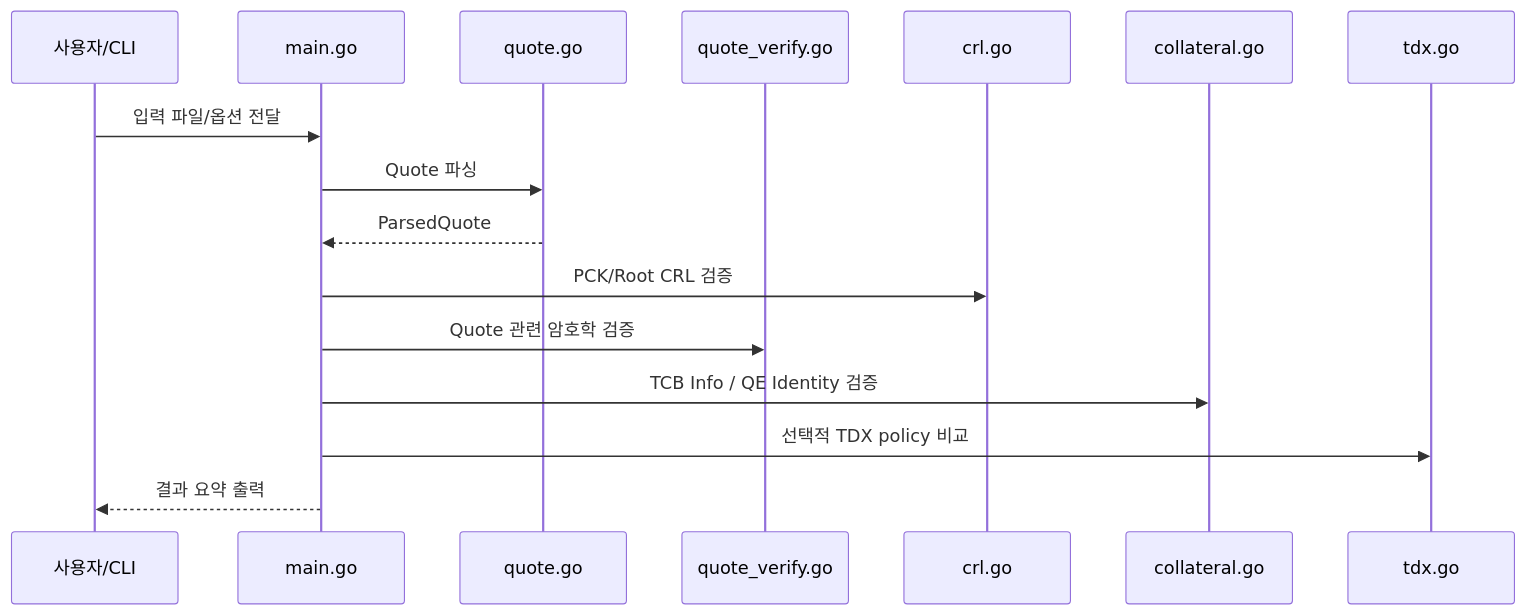
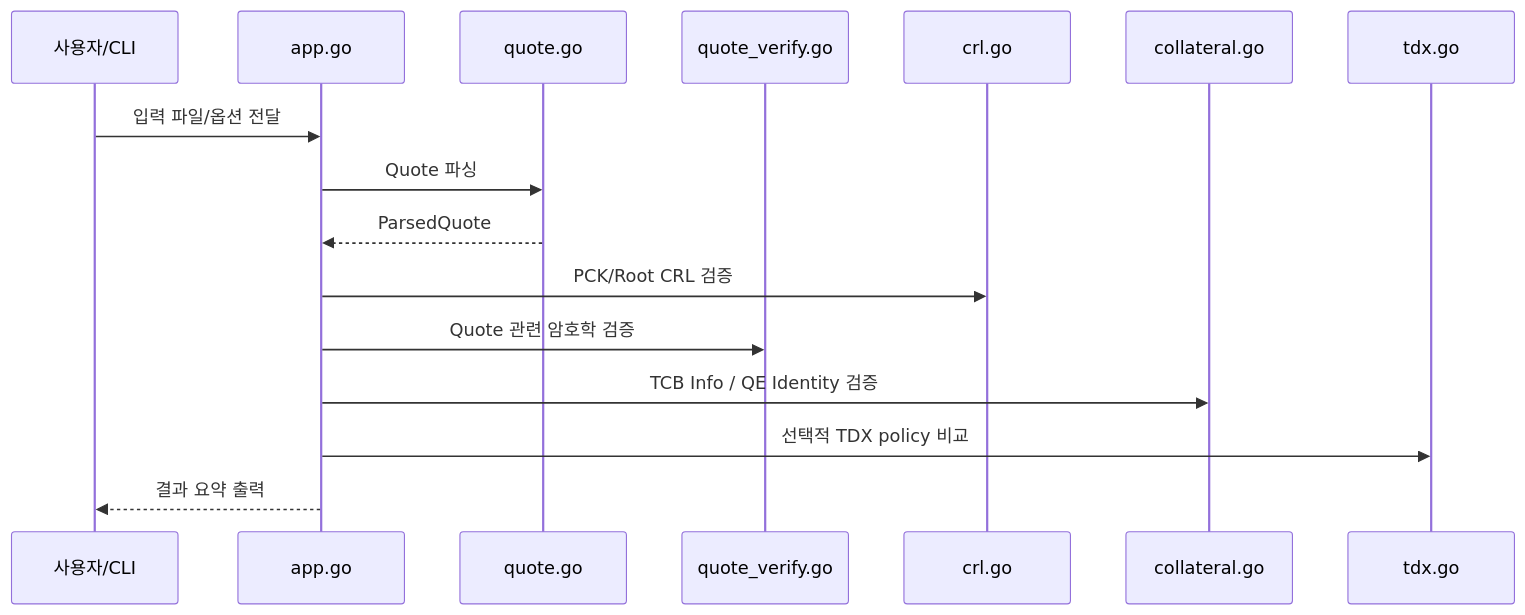
The second of 2 diagrams in docs/code-structure.md (museop/intel-tdx-attestation), drawn with Mermaid before and after one commit. The commit also changed other lines of this file and 26 other files, not shown here.

````diff
--- a/docs/code-structure.md
+++ b/docs/code-structure.md
@@ -93,19 +144,19 @@
 ```mermaid
 sequenceDiagram
     participant U as 사용자/CLI
-    participant M as main.go
+    participant M as app.go
     participant Q as quote.go
     participant V as quote_verify.go
     participant C as crl.go
     participant J as collateral.go
     participant T as tdx.go
 
     U->>M: 입력 파일/옵션 전달
     M->>Q: Quote 파싱
     Q-->>M: ParsedQuote
     M->>C: PCK/Root CRL 검증
     M->>V: Quote 관련 암호학 검증
     M->>J: TCB Info / QE Identity 검증
     M->>T: 선택적 TDX policy 비교
     M-->>U: 결과 요약 출력
 ```
````
